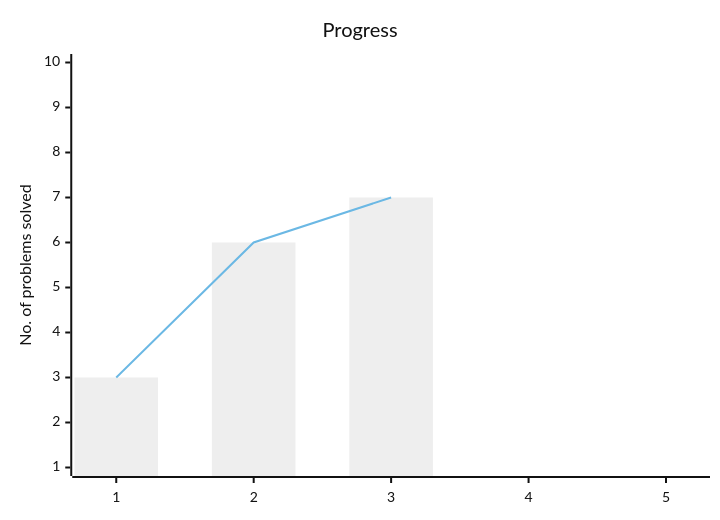
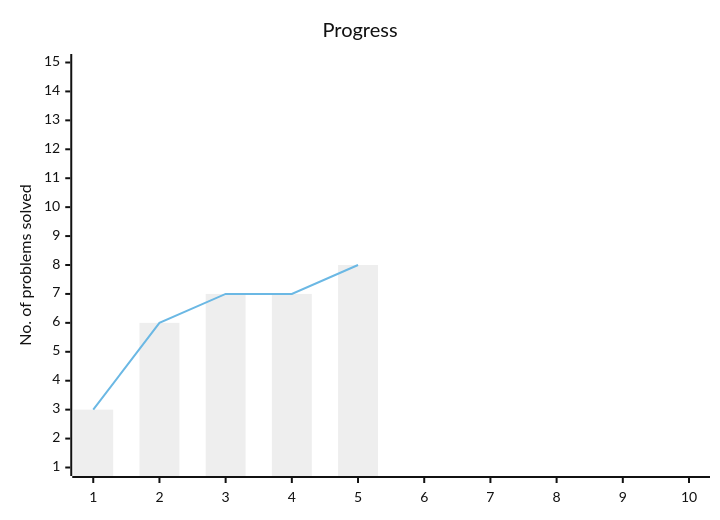
The diagram in README.md (PrathameshGandule/neetcode-150), drawn with Mermaid (neutral theme) before and after one commit. The commit also changed other lines of this file and 1 other file, not shown here.

Commit message:
problem no. 8 solved

````diff
--- a/README.md
+++ b/README.md
@@ -12,8 +14,8 @@
 ```mermaid
 xychart-beta
     title "Progress"
-    x-axis [1,2,3,4,5]
-    y-axis "No. of problems solved" 1 --> 10
-	bar [3, 6, 7]
-    line [3, 6, 7]
+    x-axis [1,2,3,4,5, 6, 7, 8, 9, 10]
+    y-axis "No. of problems solved" 1 --> 15
+	bar [3, 6, 7, 7, 8]
+    line [3, 6, 7, 7, 8]
 ```
````
